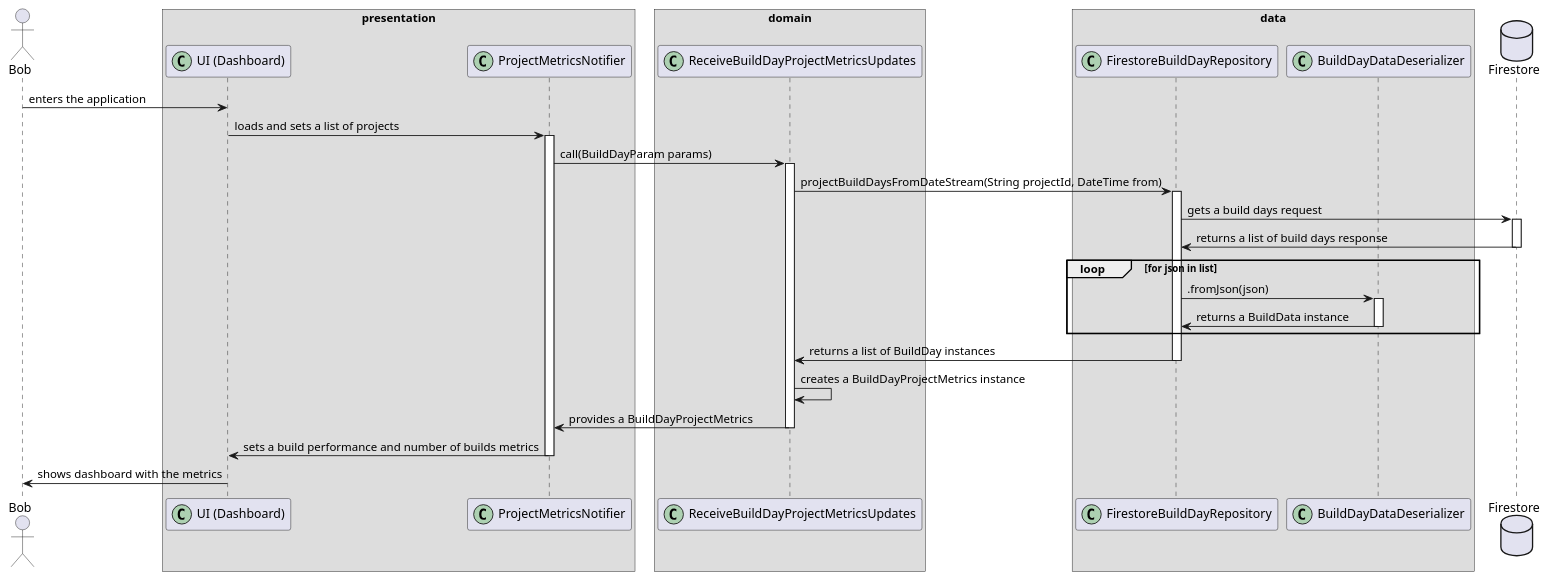
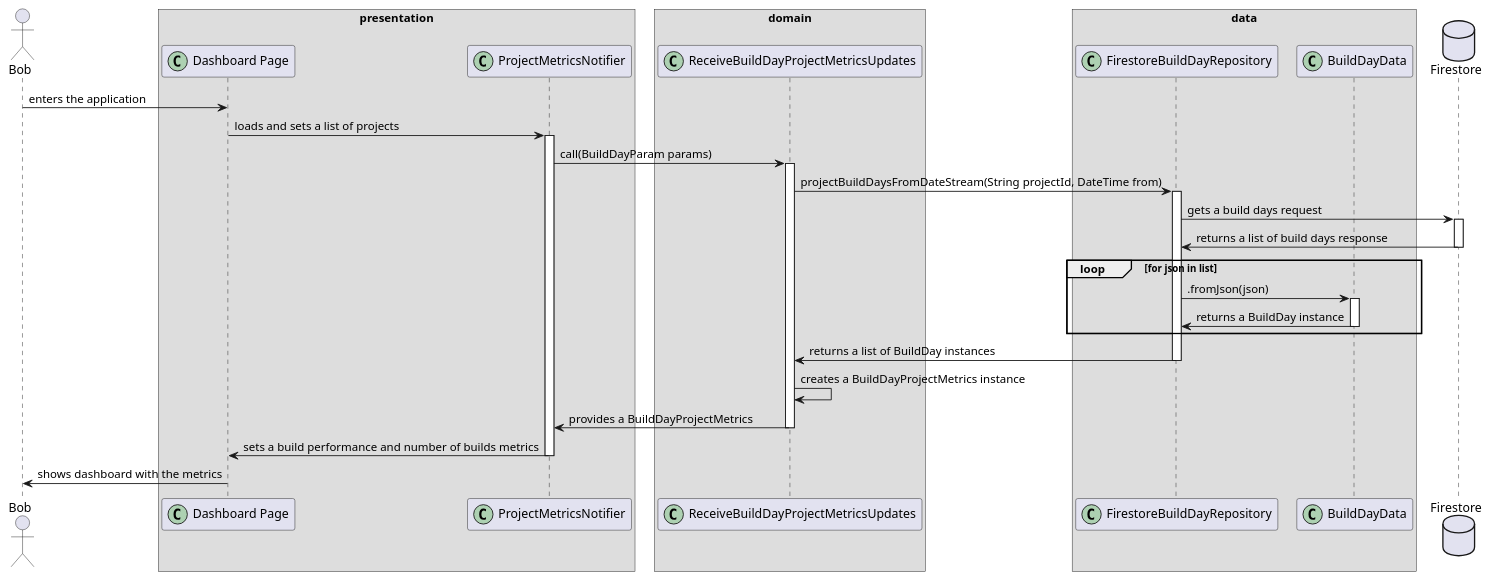
The diagram in metrics/web/docs/features/builds_aggregation/diagrams/build_days_sequence_diagram.puml (Flank/flank-dashboard), drawn with PlantUML before and after one commit. The commit also changed 4 other files, not shown here.

Commit message:
Fix diagrams and structure of the doc

```diff
--- a/metrics/web/docs/features/builds_aggregation/diagrams/build_days_sequence_diagram.puml
+++ b/metrics/web/docs/features/builds_aggregation/diagrams/build_days_sequence_diagram.puml
@@ -1,59 +1,59 @@
 @startuml build_days_sequence_diagram
 skinparam BoxPadding 10
 
 actor Bob
 
 box "presentation"
-        participant "UI (Dashboard)" as UI << (C,#ADD1B2) >>
-        participant ProjectMetricsNotifier << (C,#ADD1B2) >>
-    end box
+    participant "Dashboard Page" as UI << (C,#ADD1B2) >>
+    participant ProjectMetricsNotifier << (C,#ADD1B2) >>
+end box
 
 box "domain"
     participant ReceiveBuildDayProjectMetricsUpdates << (C,#ADD1B2) >>
 end box
 
 box "data"
     participant FirestoreBuildDayRepository << (C,#ADD1B2) >>
-    participant BuildDayDataDeserializer << (C,#ADD1B2) >>
+    participant BuildDayData << (C,#ADD1B2) >>
 end box    
 
 database Firestore
 
 Bob -> UI : enters the application
 
 UI -> ProjectMetricsNotifier : loads and sets a list of projects
 activate ProjectMetricsNotifier
 
 ProjectMetricsNotifier -> ReceiveBuildDayProjectMetricsUpdates : call(BuildDayParam params)
 activate ReceiveBuildDayProjectMetricsUpdates
 
 ReceiveBuildDayProjectMetricsUpdates -> FirestoreBuildDayRepository : projectBuildDaysFromDateStream(String projectId, DateTime from)
 activate FirestoreBuildDayRepository
 
 FirestoreBuildDayRepository -> Firestore : gets a build days request
 activate Firestore
 
 Firestore -> FirestoreBuildDayRepository : returns a list of build days response
 deactivate Firestore
 
 loop for json in list
-    FirestoreBuildDayRepository -> BuildDayDataDeserializer : .fromJson(json)
-    activate BuildDayDataDeserializer
+    FirestoreBuildDayRepository -> BuildDayData : .fromJson(json)
+    activate BuildDayData
 
-    BuildDayDataDeserializer -> FirestoreBuildDayRepository : returns a BuildData instance
-    deactivate BuildDayDataDeserializer
+    BuildDayData -> FirestoreBuildDayRepository : returns a BuildDay instance
+    deactivate BuildDayData
 end
 
 FirestoreBuildDayRepository -> ReceiveBuildDayProjectMetricsUpdates : returns a list of BuildDay instances
 deactivate FirestoreBuildDayRepository
 
 ReceiveBuildDayProjectMetricsUpdates -> ReceiveBuildDayProjectMetricsUpdates : creates a BuildDayProjectMetrics instance
 ReceiveBuildDayProjectMetricsUpdates -> ProjectMetricsNotifier : provides a BuildDayProjectMetrics
 deactivate ReceiveBuildDayProjectMetricsUpdates
 
 ProjectMetricsNotifier -> UI : sets a build performance and number of builds metrics
 deactivate ProjectMetricsNotifier
 
 UI -> Bob : shows dashboard with the metrics
 
 @enduml
```
